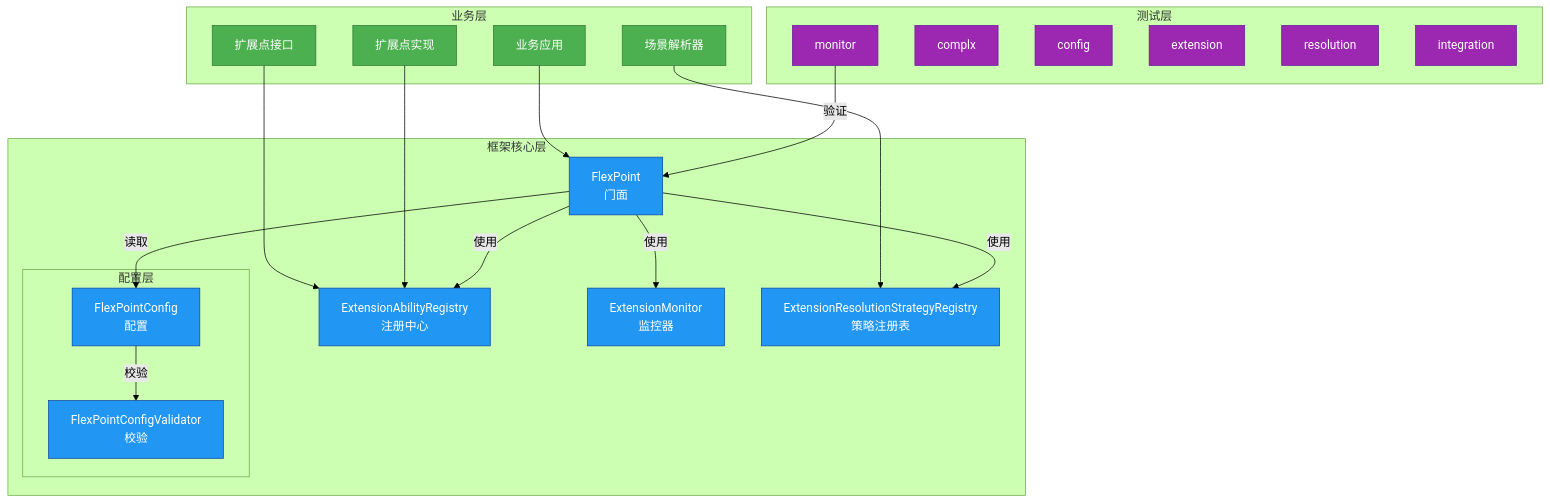
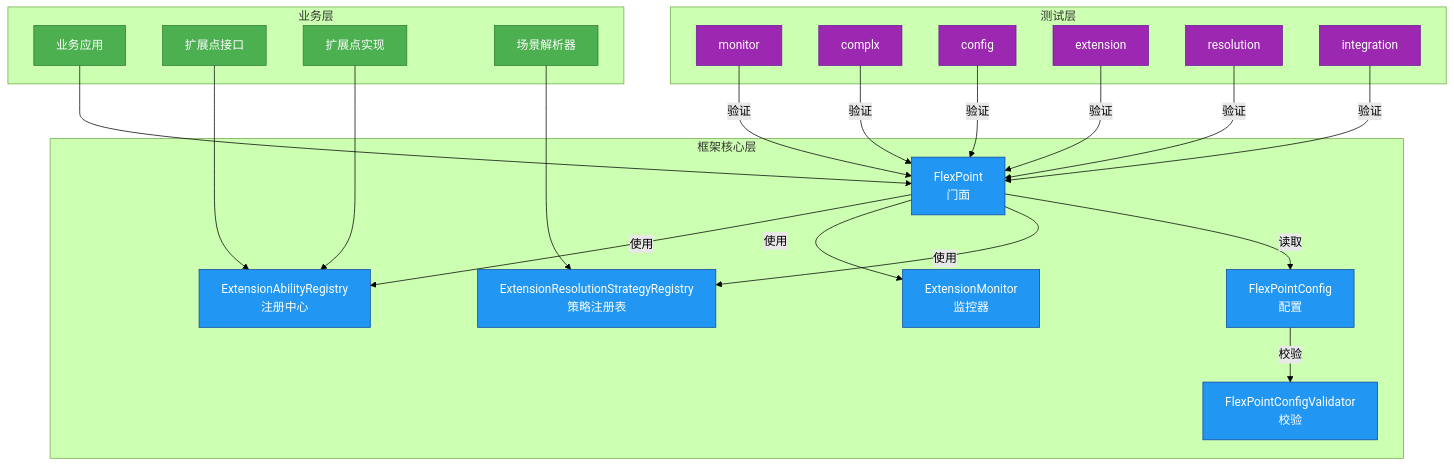
The diagram in statics/ARCHITECTURE.md (xiangganLuo/flex-point), drawn with Mermaid (forest theme) before and after one commit.

Commit message:
docs(architecture): 更新架构图

````diff
--- a/statics/ARCHITECTURE.md
+++ b/statics/ARCHITECTURE.md
@@ -17,52 +17,54 @@
 ```mermaid
 graph TB
     %% ===== 业务层 =====
     subgraph 业务层
         A1[业务应用]
         A2[扩展点接口]
         A3[扩展点实现]
         A4[场景解析器]
     end
 
     %% ===== 框架核心层 =====
     subgraph 框架核心层
         B1[FlexPoint<br/>门面]
         B2[ExtensionAbilityRegistry<br/>注册中心]
         B3[ExtensionMonitor<br/>监控器]
         B4[ExtensionResolutionStrategyRegistry<br/>策略注册表]
-				%% ===== 配置层 =====
-				subgraph 配置层
-          C1[FlexPointConfig<br/>配置]
-          C2[FlexPointConfigValidator<br/>校验]
-    		end
+        C1[FlexPointConfig<br/>配置]
+        C2[FlexPointConfigValidator<br/>校验]
     end
 
     %% ===== 测试层 =====
     subgraph 测试层
         D[monitor]
       	D2[complx]
       	D3[config]
       	D4[extension]
       	D5[resolution]
       	D6[integration]
     end
 
     %% ===== 简化后的关系 =====
     A1 --> B1
     A2 & A3 --> B2
     A4 --> B4
     B1 -->|使用| B2
     B1 -->|使用| B3
     B1 -->|使用| B4
     B1 -->|读取| C1
     C1 -->|校验| C2
     D -->|验证| B1
+    D2 -->|验证| B1
+    D3 -->|验证| B1
+    D4 -->|验证| B1
+    D5 -->|验证| B1
+    D6 -->|验证| B1
     
     %% ===== 样式定义 =====
     classDef business fill:#4CAF50,stroke:#2E7D32,color:white
     classDef core fill:#2196F3,stroke:#0D47A1,color:white
     classDef test fill:#9C27B0,stroke:#6A1B9A,color:white
     class A1,A2,A3,A4 business
     class B1,B2,B3,B4,C1,C2 core
     class D,D2,D3,D4,D5,D6 test
 ```
````
